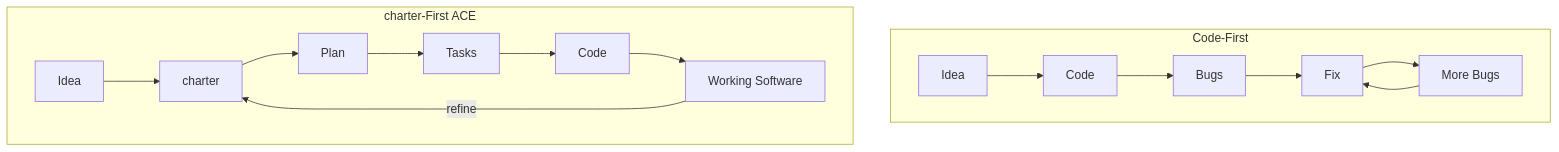
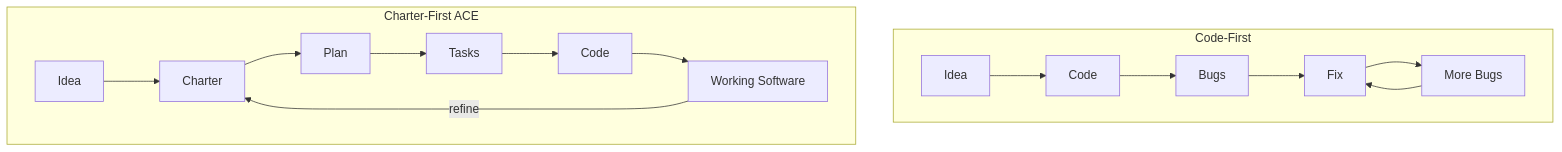
Before and after one commit to ParkWardRR/weekend-to-release: the diagram in src/content/docs/guide/what-is-ace.md, drawn with Mermaid. The commit also changed other lines of this file and 26 other files, not shown here.

Commit message:
docs: rename methodology to ACE and replace charter lexicon

````diff
--- a/src/content/docs/guide/what-is-ace.md
+++ b/src/content/docs/guide/what-is-ace.md
@@ -21,19 +21,19 @@
 ```mermaid
 flowchart TD
     subgraph code_first["Code-First"]
         A1[Idea] --> A2[Code]
         A2 --> A3[Bugs]
         A3 --> A4[Fix]
         A4 --> A5[More Bugs]
         A5 --> A4
     end
 
-    subgraph spec_first["charter-First ACE"]
-        B1[Idea] --> B2[charter]
+    subgraph charter_first["Charter-First ACE"]
+        B1[Idea] --> B2[Charter]
         B2 --> B3[Plan]
         B3 --> B4[Tasks]
         B4 --> B5[Code]
         B5 --> B6[Working Software]
         B6 -->|refine| B2
     end
 ```
````
